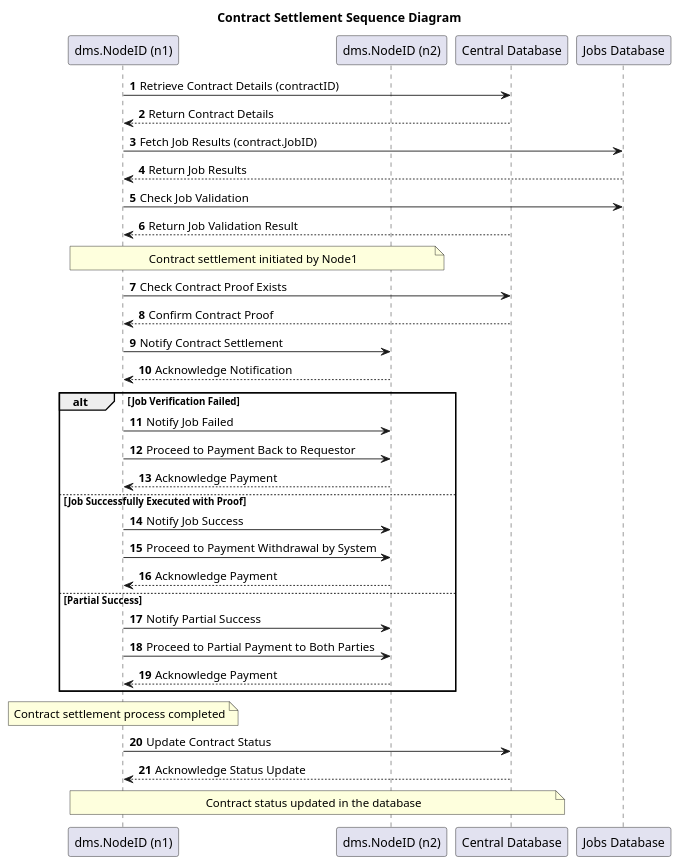
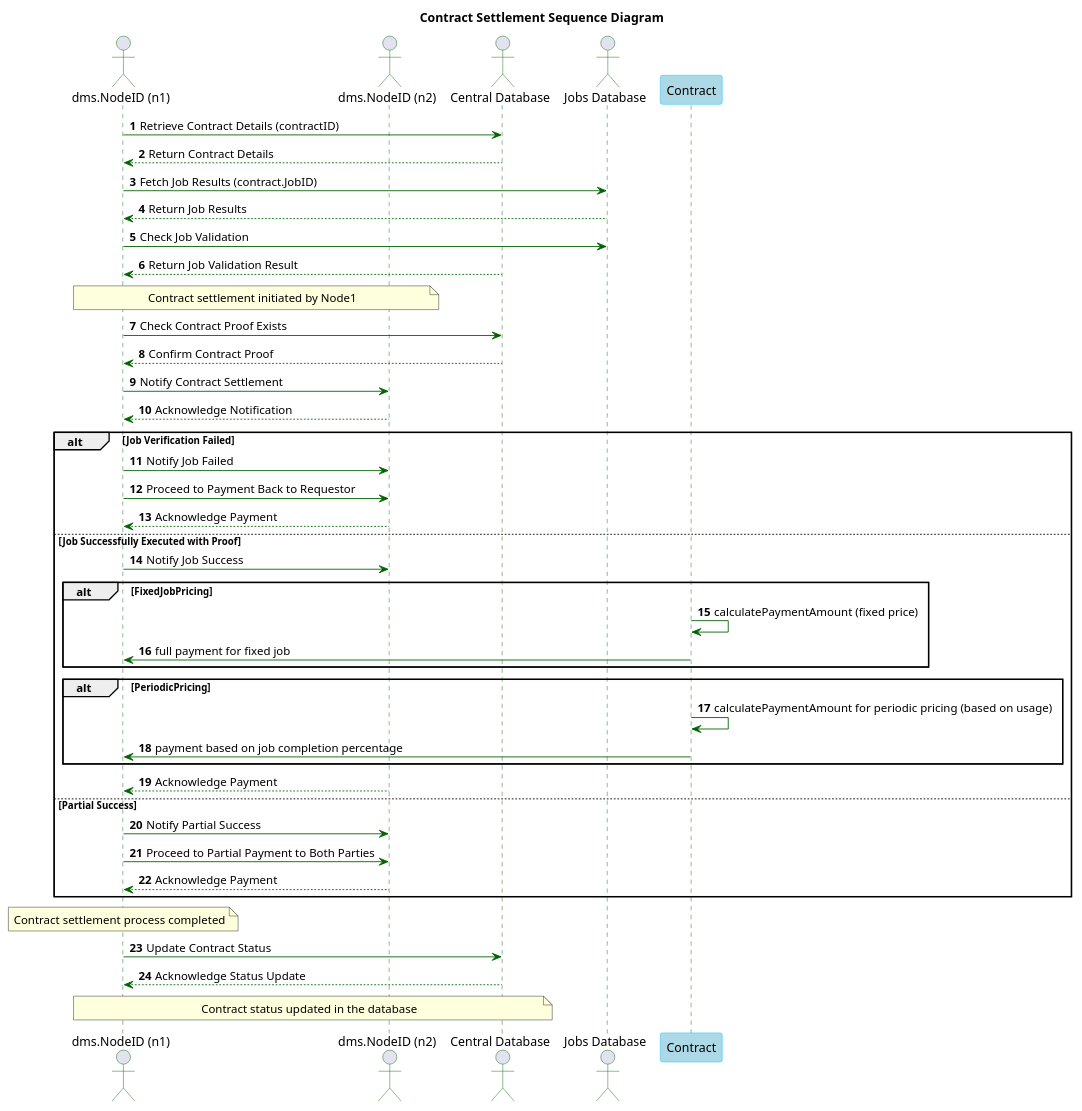
The diagram in tokenomics/specs/diagrams/contractSettlementSequenceDiagram.puml (nunet/device-management-service), drawn with PlantUML before and after one commit. The commit also changed 2 other files, not shown here.

```diff
--- a/tokenomics/specs/diagrams/contractSettlementSequenceDiagram.puml
+++ b/tokenomics/specs/diagrams/contractSettlementSequenceDiagram.puml
@@ -1,49 +1,67 @@
 @startuml
+skinparam participant {
+    BackgroundColor LightBlue
+    BorderColor DeepSkyBlue
+}
+
+skinparam sequence {
+    ArrowColor DarkGreen
+    ActorBorderColor DarkGreen
+    LifeLineBorderColor DarkGreen
+}
+
 title Contract Settlement Sequence Diagram
 
-participant "dms.NodeID (n1)" as Node1
-participant "dms.NodeID (n2)" as Node2
-participant "Central Database" as DB
-participant "Jobs Database" as JobsDB
+actor Node1 as "dms.NodeID (n1)"
+actor Node2 as "dms.NodeID (n2)"
+actor DB as "Central Database"
+actor JobsDB as "Jobs Database"
 
 autonumber
 
 Node1 -> DB: Retrieve Contract Details (contractID)
 DB --> Node1: Return Contract Details
 
 Node1 -> JobsDB: Fetch Job Results (contract.JobID)
 JobsDB --> Node1: Return Job Results
 
 Node1 -> JobsDB: Check Job Validation
 DB --> Node1: Return Job Validation Result
 
 note over Node1, Node2: Contract settlement initiated by Node1
 
 Node1 -> DB: Check Contract Proof Exists
 DB --> Node1: Confirm Contract Proof
 
 Node1 -> Node2: Notify Contract Settlement
 Node2 --> Node1: Acknowledge Notification
 
 alt Job Verification Failed
     Node1 -> Node2: Notify Job Failed
     Node1 -> Node2: Proceed to Payment Back to Requestor
     Node2 --> Node1: Acknowledge Payment
 else Job Successfully Executed with Proof
     Node1 -> Node2: Notify Job Success
-    Node1 -> Node2: Proceed to Payment Withdrawal by System
+   
+     alt FixedJobPricing
+        Contract -> Contract : calculatePaymentAmount (fixed price)
+        Contract -> Node1 : full payment for fixed job
+    end
+
+    alt PeriodicPricing
+        Contract -> Contract : calculatePaymentAmount for periodic pricing (based on usage)
+        Contract -> Node1: payment based on job completion percentage
+    end
     Node2 --> Node1: Acknowledge Payment
 else Partial Success
     Node1 -> Node2: Notify Partial Success
     Node1 -> Node2: Proceed to Partial Payment to Both Parties
     Node2 --> Node1: Acknowledge Payment
 end
 
 note over Node1: Contract settlement process completed
-
 Node1 -> DB: Update Contract Status
 DB --> Node1: Acknowledge Status Update
 
 note over Node1, DB: Contract status updated in the database
-
 @enduml
```
